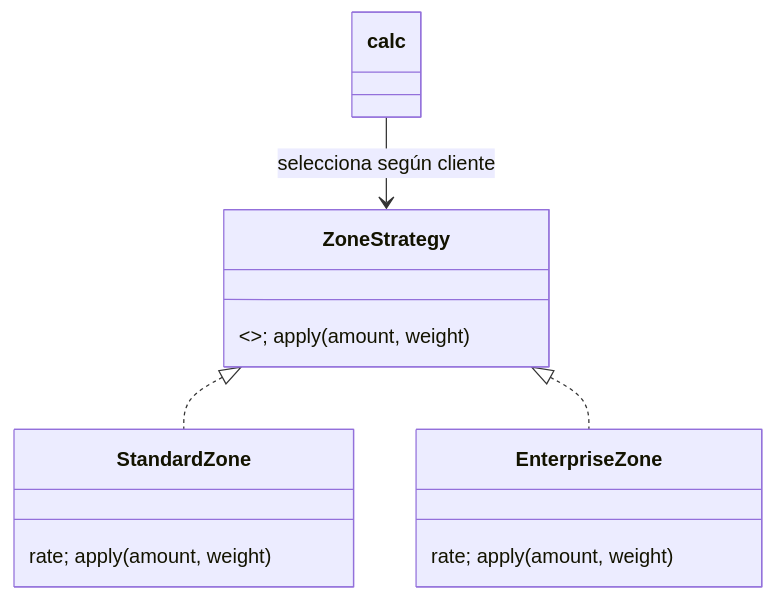
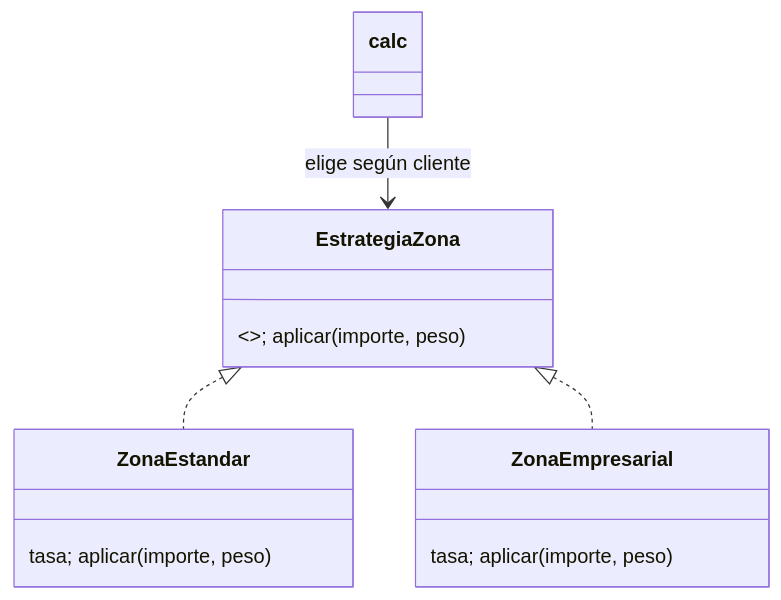
The diagram in Informe_Parcial3.md (AndresLPz2/Parcial-IngSoftware), drawn with Mermaid before and after one commit. The commit also changed other lines of this file and 8 other files, not shown here.

````diff
--- a/Informe_Parcial3.md
+++ b/Informe_Parcial3.md
@@ -236,9 +236,9 @@
 ```mermaid
 classDiagram
-  class ZoneStrategy {<<interface>>; apply(amount, weight)}
-  class StandardZone {rate; apply(amount, weight)}
-  class EnterpriseZone {rate; apply(amount, weight)}
-  ZoneStrategy <|.. StandardZone
-  ZoneStrategy <|.. EnterpriseZone
-  calc --> ZoneStrategy : selecciona según cliente
+  class EstrategiaZona {<<interfaz>>; aplicar(importe, peso)}
+  class ZonaEstandar {tasa; aplicar(importe, peso)}
+  class ZonaEmpresarial {tasa; aplicar(importe, peso)}
+  EstrategiaZona <|.. ZonaEstandar
+  EstrategiaZona <|.. ZonaEmpresarial
+  calc --> EstrategiaZona : elige según cliente
 ```
````
